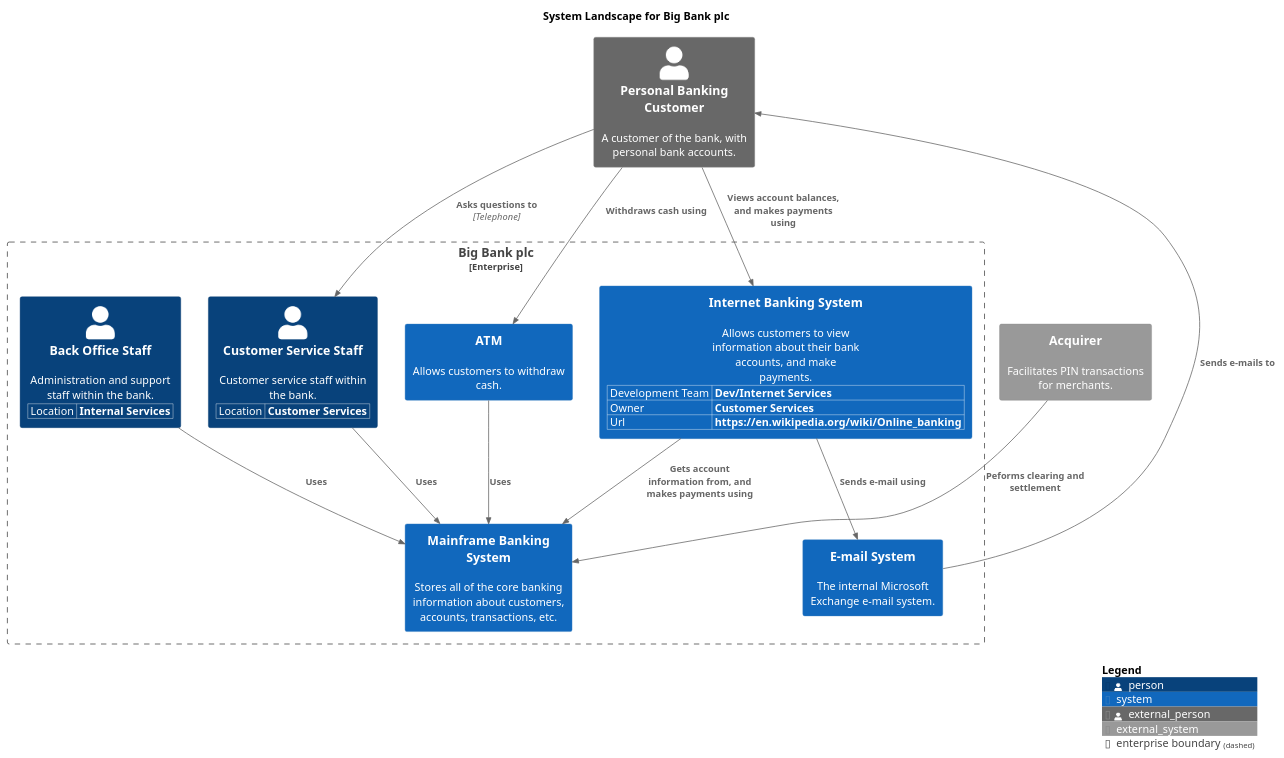
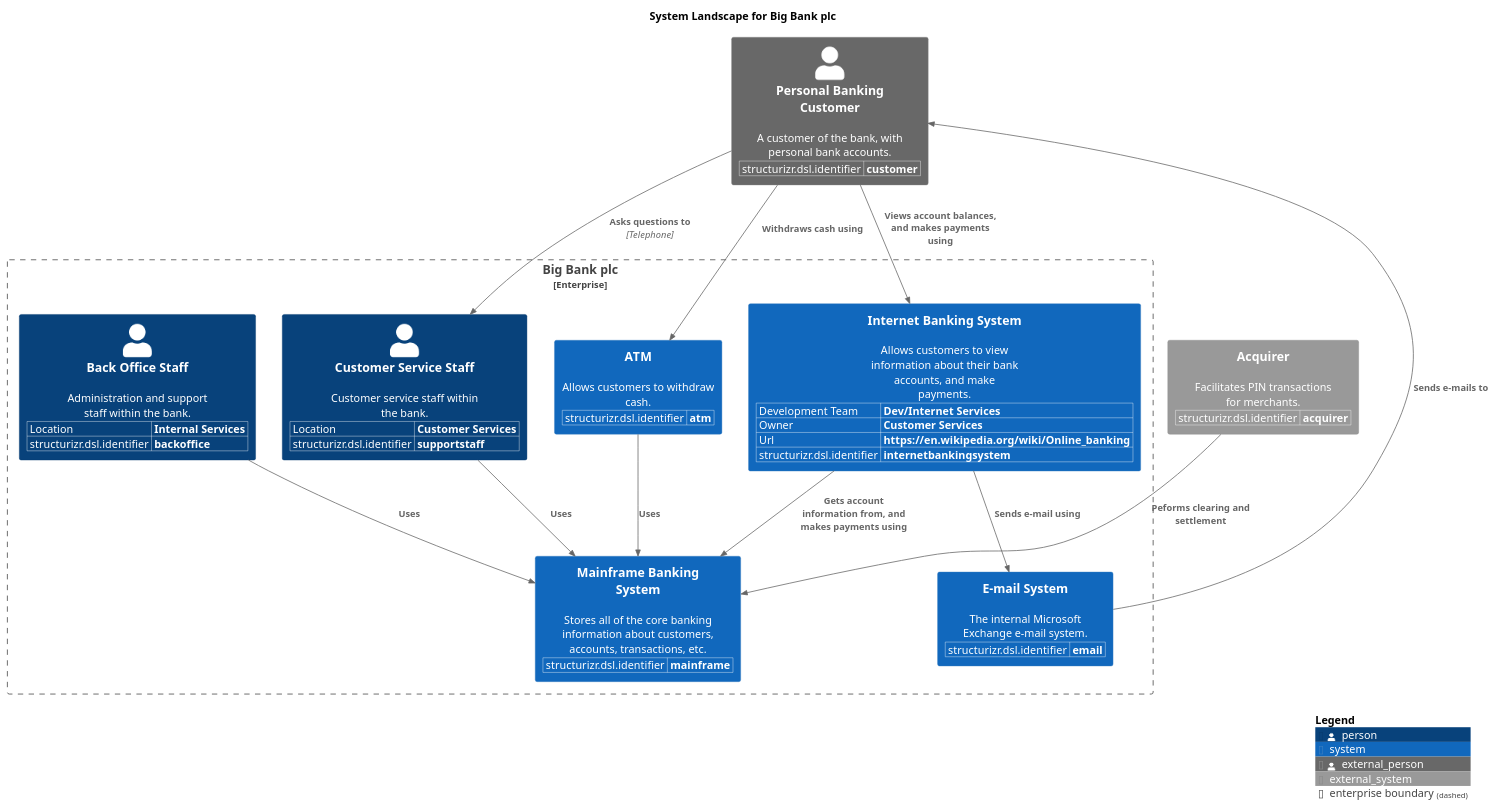
The diagram in puml/SystemLandscape-SystemLandscape.puml (avisi-cloud/structurizr-site-generatr), drawn with PlantUML before and after one commit. The commit also changed 78 other files, not shown here.

```diff
--- a/puml/SystemLandscape-SystemLandscape.puml
+++ b/puml/SystemLandscape-SystemLandscape.puml
@@ -1,43 +1,57 @@
 @startuml
+set separator none
 title System Landscape for Big Bank plc
 
 top to bottom direction
 
 !include https://raw.githubusercontent.com/plantuml-stdlib/C4-PlantUML/master/C4.puml
 !include https://raw.githubusercontent.com/plantuml-stdlib/C4-PlantUML/master/C4_Context.puml
 
 skinparam svgDimensionStyle false
 skinparam preserveAspectRatio meet
 Enterprise_Boundary(enterprise, "Big Bank plc") {
   WithoutPropertyHeader()
   AddProperty("Location","Customer Services")
+  AddProperty("structurizr.dsl.identifier","supportstaff")
   Person(CustomerServiceStaff, "Customer Service Staff", "Customer service staff within the bank.", $tags="")
   WithoutPropertyHeader()
   AddProperty("Location","Internal Services")
+  AddProperty("structurizr.dsl.identifier","backoffice")
   Person(BackOfficeStaff, "Back Office Staff", "Administration and support staff within the bank.", $tags="")
+  WithoutPropertyHeader()
+  AddProperty("structurizr.dsl.identifier","mainframe")
   System(MainframeBankingSystem, "Mainframe Banking System", "Stores all of the core banking information about customers, accounts, transactions, etc.", $tags="")[[../mainframe-banking-system/context/]]
+  WithoutPropertyHeader()
+  AddProperty("structurizr.dsl.identifier","email")
   System(EmailSystem, "E-mail System", "The internal Microsoft Exchange e-mail system.", $tags="")[[../e-mail-system/context/]]
+  WithoutPropertyHeader()
+  AddProperty("structurizr.dsl.identifier","atm")
   System(ATM, "ATM", "Allows customers to withdraw cash.", $tags="")[[../atm/context/]]
   WithoutPropertyHeader()
   AddProperty("Development Team","Dev/Internet Services")
   AddProperty("Owner","Customer Services")
   AddProperty("Url","https://en.wikipedia.org/wiki/Online_banking")
+  AddProperty("structurizr.dsl.identifier","internetbankingsystem")
   System(InternetBankingSystem, "Internet Banking System", "Allows customers to view information about their bank accounts, and make payments.", $tags="")[[../internet-banking-system/context/]]
 }
 
+WithoutPropertyHeader()
+AddProperty("structurizr.dsl.identifier","customer")
 Person_Ext(PersonalBankingCustomer, "Personal Banking Customer", "A customer of the bank, with personal bank accounts.", $tags="")
+WithoutPropertyHeader()
+AddProperty("structurizr.dsl.identifier","acquirer")
 System_Ext(Acquirer, "Acquirer", "Facilitates PIN transactions for merchants.", $tags="")
 
 Rel_D(PersonalBankingCustomer, InternetBankingSystem, "Views account balances, and makes payments using", $tags="")
 Rel_D(InternetBankingSystem, MainframeBankingSystem, "Gets account information from, and makes payments using", $tags="")
 Rel_D(InternetBankingSystem, EmailSystem, "Sends e-mail using", $tags="")
 Rel_D(EmailSystem, PersonalBankingCustomer, "Sends e-mails to", $tags="")
 Rel_D(PersonalBankingCustomer, CustomerServiceStaff, "Asks questions to", "Telephone", $tags="")
 Rel_D(CustomerServiceStaff, MainframeBankingSystem, "Uses", $tags="")
 Rel_D(PersonalBankingCustomer, ATM, "Withdraws cash using", $tags="")
 Rel_D(ATM, MainframeBankingSystem, "Uses", $tags="")
 Rel_D(BackOfficeStaff, MainframeBankingSystem, "Uses", $tags="")
 Rel_D(Acquirer, MainframeBankingSystem, "Peforms clearing and settlement", $tags="")
 
 SHOW_LEGEND(true)
 @enduml
```
